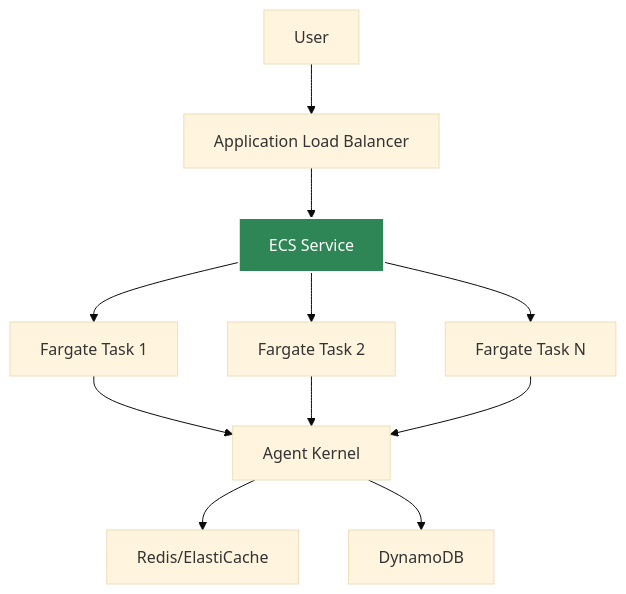
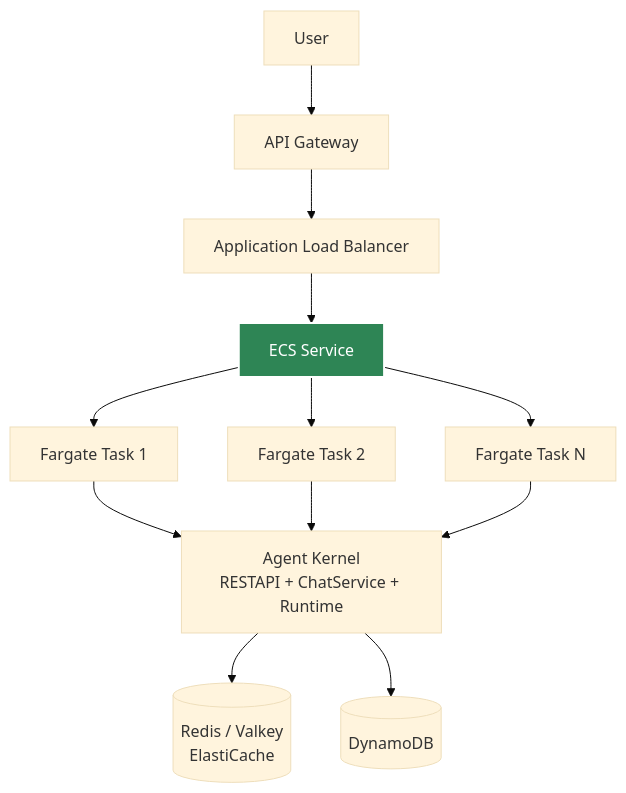
The first of 4 diagrams in docs/docs/deployment/aws-containerized.md (ChamuthuEdirisooriya/agent-kernel), drawn with Mermaid (base theme) before and after one commit. The commit also changed other lines of this file and 45 other files, not shown here.

````diff
--- a/docs/docs/deployment/aws-containerized.md
+++ b/docs/docs/deployment/aws-containerized.md
@@ -11,17 +24,18 @@
 ```mermaid
 graph TB
-    A[User] --> B[Application Load Balancer]
-    B --> C[ECS Service]
+    A[User] --> B[API Gateway]
+    B --> LB[Application Load Balancer]
+    LB --> C[ECS Service]
     C --> D[Fargate Task 1]
     C --> E[Fargate Task 2]
     C --> F[Fargate Task N]
-    
-    D --> G[Agent Kernel]
+
+    D --> G["Agent Kernel<br/>RESTAPI + ChatService + Runtime"]
     E --> G
     F --> G
-    
-    G --> H[Redis/ElastiCache]
-    G --> I[DynamoDB]
-    
+
+    G --> H[(Redis / Valkey<br/>ElastiCache)]
+    G --> I[(DynamoDB)]
+
     style C fill:#2e8555,stroke:#fff,stroke-width:2px,color:#fff
 ```
````
